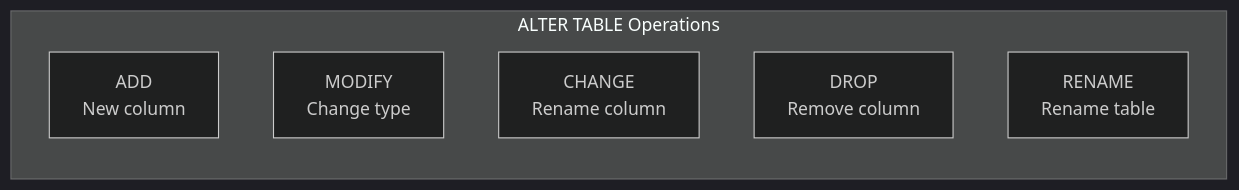
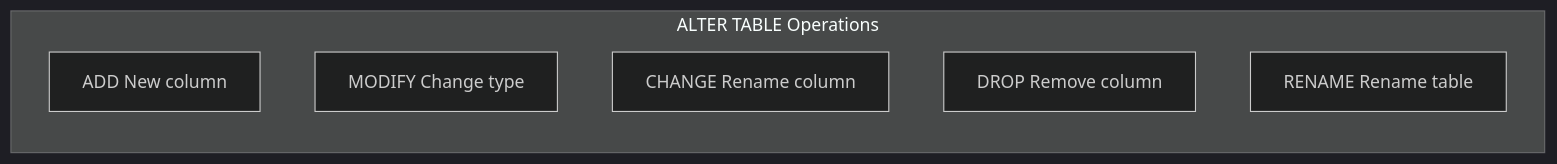
The sixth of 16 diagrams in SQL/readmeClV1.md (pentoshi007/prep), drawn with Mermaid (dark theme) before and after one commit. The commit also changed other lines of this file and 1 other file, not shown here.

````diff
--- a/SQL/readmeClV1.md
+++ b/SQL/readmeClV1.md
@@ -521,10 +521,10 @@
 ```mermaid
 flowchart LR
     subgraph ALTER["ALTER TABLE Operations"]
-        ADD["ADD\nNew column"]
-        MODIFY["MODIFY\nChange type"]
-        CHANGE["CHANGE\nRename column"]
-        DROP["DROP\nRemove column"]
-        RENAME["RENAME\nRename table"]
+        ADD["ADD New column"]
+        MODIFY["MODIFY Change type"]
+        CHANGE["CHANGE Rename column"]
+        DROP["DROP Remove column"]
+        RENAME["RENAME Rename table"]
     end
 ```
````
